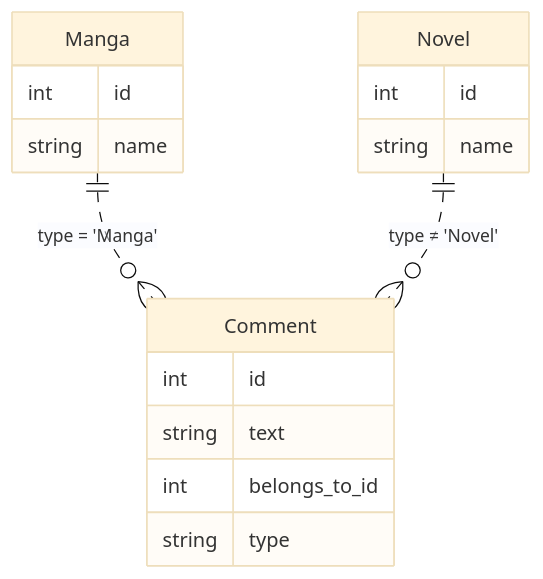
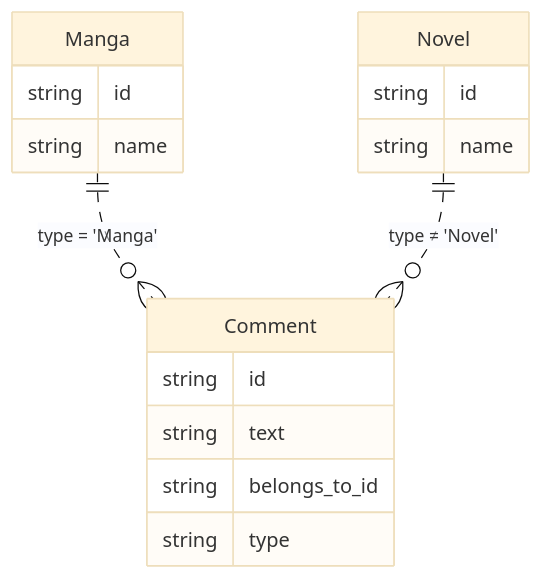
One commit to gn-t-k/zenn-content changed the first of 7 diagrams in articles/abceef00258275.md. Above: the diagram before and after it, drawn with Mermaid (base theme). The commit also changed other lines of this file, not shown here.

````diff
--- a/articles/abceef00258275.md
+++ b/articles/abceef00258275.md
@@ -29,21 +29,21 @@
 ```mermaid
 erDiagram
     Manga {
-        int id
+        string id
         string name
     }
 
     Novel {
-        int id
+        string id
         string name
     }
 
     Comment {
-        int id
+        string id
         string text
-        int belongs_to_id
+        string belongs_to_id
         string type
     }
     Manga ||..o{ Comment : "type = 'Manga'"
     Novel ||..o{ Comment : "type = 'Novel'"
 ```
````
